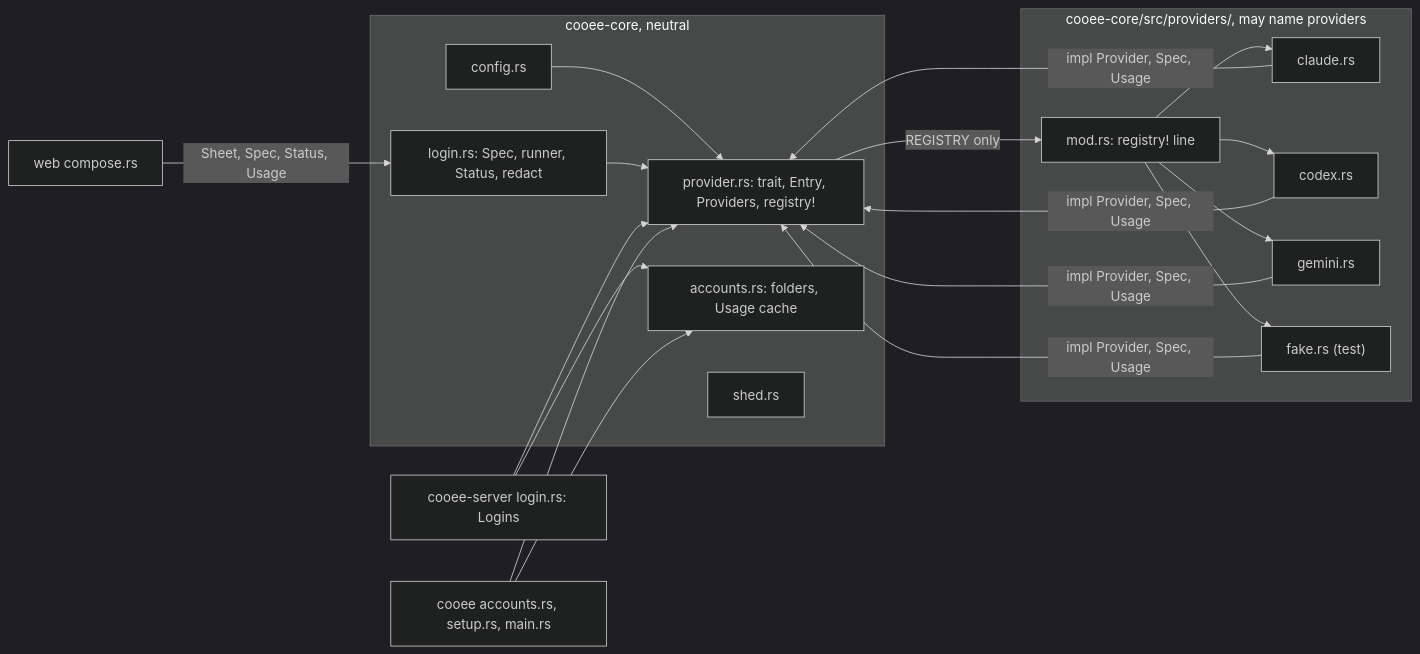
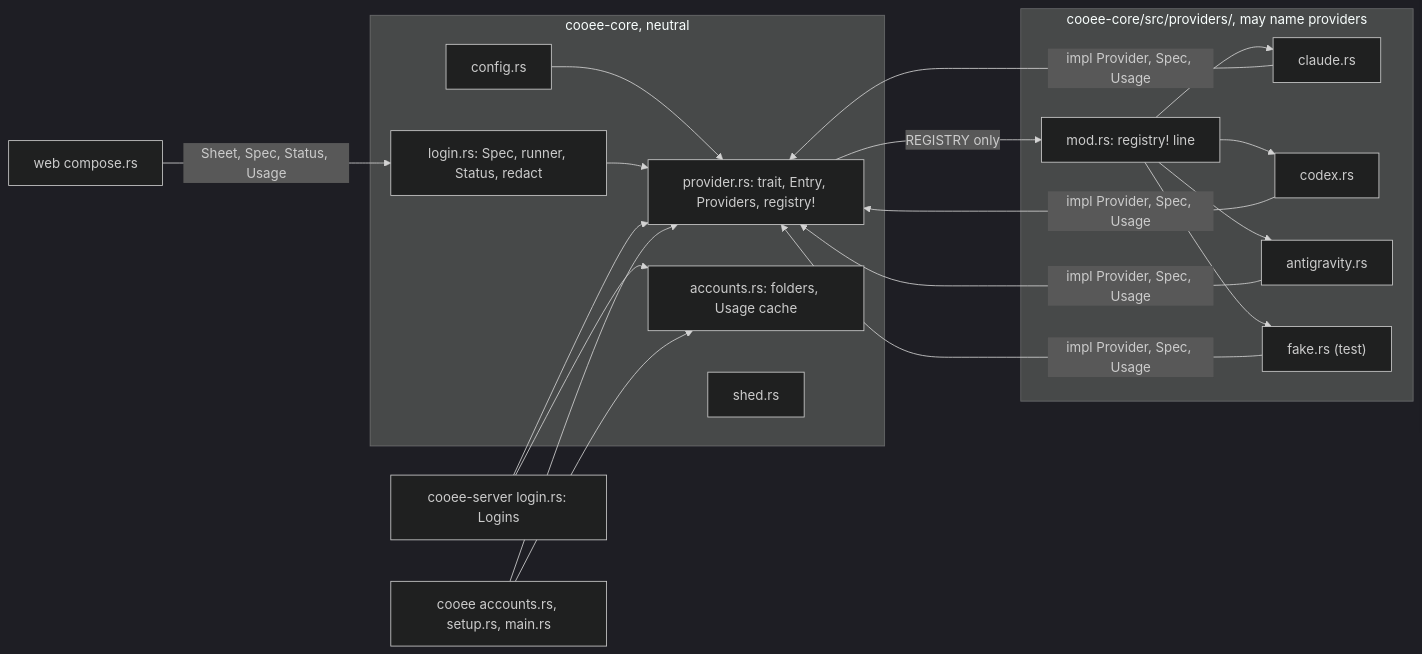
Before and after one commit to jirathip-dev/cooee: the first of 2 diagrams in docs/architecture/providers/boundaries.md, drawn with Mermaid (dark theme). The commit also changed 26 other files, not shown here.

Commit message:
providers: Antigravity replaces Gemini (antigravity.rs) (#783)

````diff
--- a/docs/architecture/providers/boundaries.md
+++ b/docs/architecture/providers/boundaries.md
@@ -5,17 +5,17 @@
 ```mermaid
 flowchart LR
   subgraph core[cooee-core, neutral]
     config[config.rs] --> provider[provider.rs: trait, Entry, Providers, registry!]
     login[login.rs: Spec, runner, Status, redact] --> provider
     accounts[accounts.rs: folders, Usage cache]
     shed[shed.rs]
   end
   subgraph named[cooee-core/src/providers/, may name providers]
-    reg[mod.rs: registry! line] --> claude[claude.rs] & codex[codex.rs] & gemini[gemini.rs] & fake["fake.rs (test)"]
+    reg[mod.rs: registry! line] --> claude[claude.rs] & codex[codex.rs] & antigravity[antigravity.rs] & fake["fake.rs (test)"]
   end
   provider -- REGISTRY only --> reg
-  claude & codex & gemini & fake -- impl Provider, Spec, Usage --> provider
+  claude & codex & antigravity & fake -- impl Provider, Spec, Usage --> provider
   server[cooee-server login.rs: Logins] --> provider & accounts
   cli[cooee accounts.rs, setup.rs, main.rs] --> provider & accounts
   web[web compose.rs] -- Sheet, Spec, Status, Usage --> login
 ```
````
